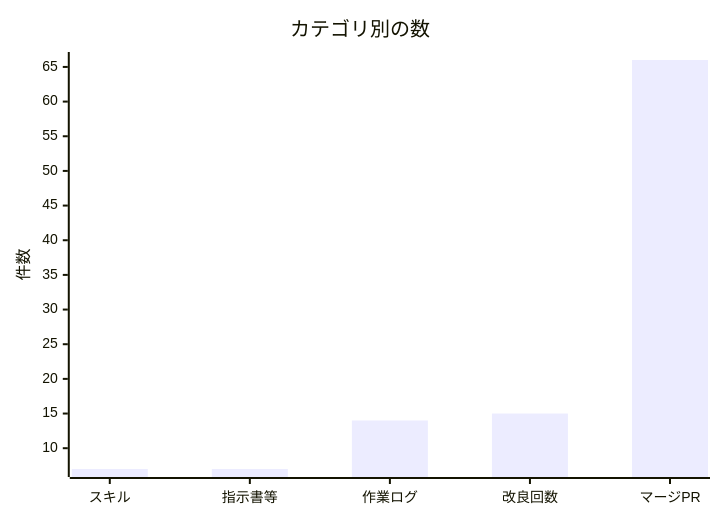
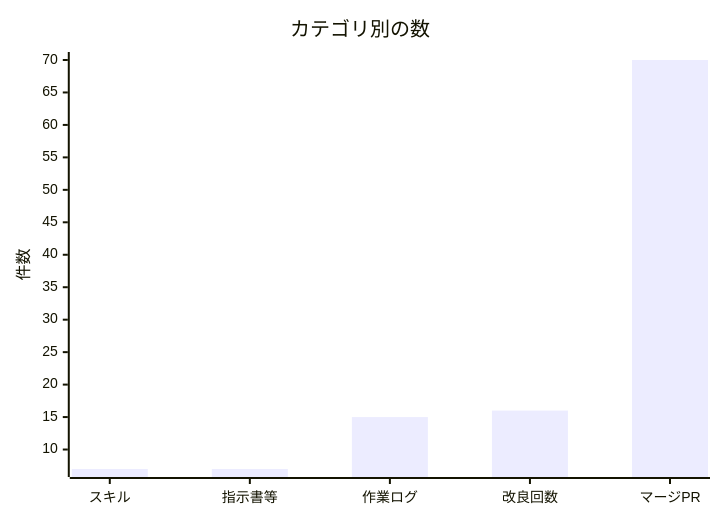
One commit to non-x2/non-x2 changed the second of 2 diagrams in docs/進化レポート.md. Above: the diagram before and after it, drawn with Mermaid. The commit also changed other lines of this file and 10 other files, not shown here.

````diff
--- a/docs/進化レポート.md
+++ b/docs/進化レポート.md
@@ -33,7 +33,7 @@
 ```mermaid
 xychart-beta
     title "カテゴリ別の数"
     x-axis ["スキル", "指示書等", "作業ログ", "改良回数", "マージPR"]
     y-axis "件数"
-    bar [7, 7, 14, 15, 66]
+    bar [7, 7, 15, 16, 70]
 ```
````
